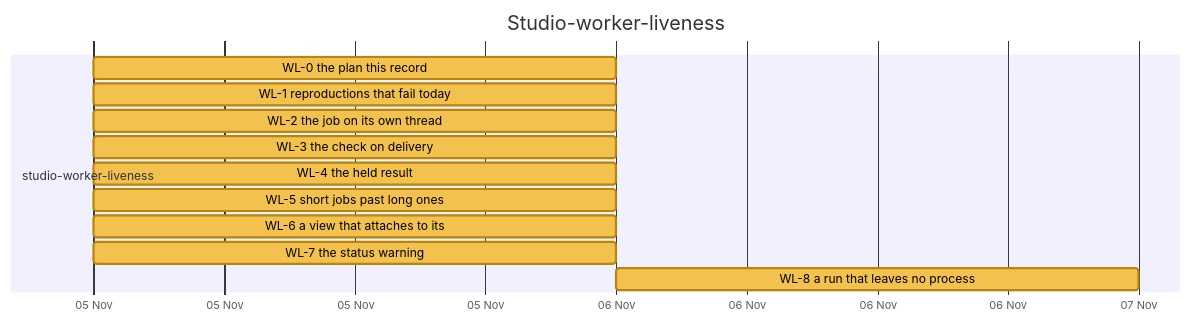
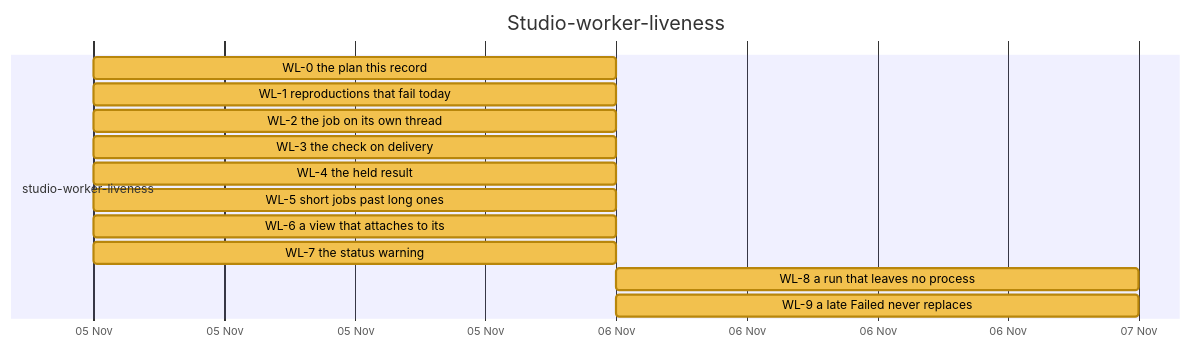
Before and after one commit to nebularis/lattice: diagram 15 of 28 in docs/developer/ROADMAP.md, drawn with Mermaid. The commit also changed other lines of this file and 8 other files, not shown here.

````diff
--- a/docs/developer/ROADMAP.md
+++ b/docs/developer/ROADMAP.md
@@ -438,17 +438,18 @@
 ```mermaid
 %%{init: {"themeVariables": {"taskBkgColor": "#f2c14e", "taskBorderColor": "#b8860b", "taskTextColor": "#000000", "activeTaskBkgColor": "#4e9af1", "activeTaskBorderColor": "#1f5fbf", "activeTaskBorderColor": "#1f5fbf", "doneTaskBkgColor": "#8fcf8f", "doneTaskBorderColor": "#2f7d32", "critBkgColor": "#f28b82", "critBorderColor": "#b23a30", "taskTextDarkColor": "#000000", "taskTextLightColor": "#000000"}}}%%
 gantt
     title Studio-worker-liveness
     dateFormat YYYY-MM-DD
     axisFormat %d %b
     section studio-worker-liveness
     WL-0 the plan this record :wl0, 2026-11-05, 2026-11-06
     WL-1 reproductions that fail today :wl1, 2026-11-05, 2026-11-06
     WL-2 the job on its own thread :wl2, 2026-11-05, 2026-11-06
     WL-3 the check on delivery :wl3, 2026-11-05, 2026-11-06
     WL-4 the held result :wl4, 2026-11-05, 2026-11-06
     WL-5 short jobs past long ones :wl5, 2026-11-05, 2026-11-06
     WL-6 a view that attaches to its :wl6, 2026-11-05, 2026-11-06
     WL-7 the status warning :wl7, 2026-11-05, 2026-11-06
     WL-8 a run that leaves no process :wl8, 2026-11-06, 2026-11-07
+    WL-9 a late Failed never replaces :wl9, 2026-11-06, 2026-11-07
 ```
````
